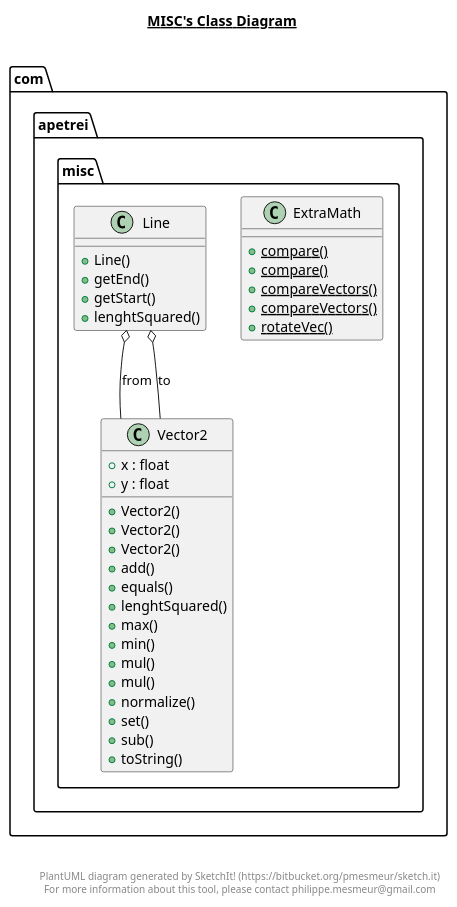
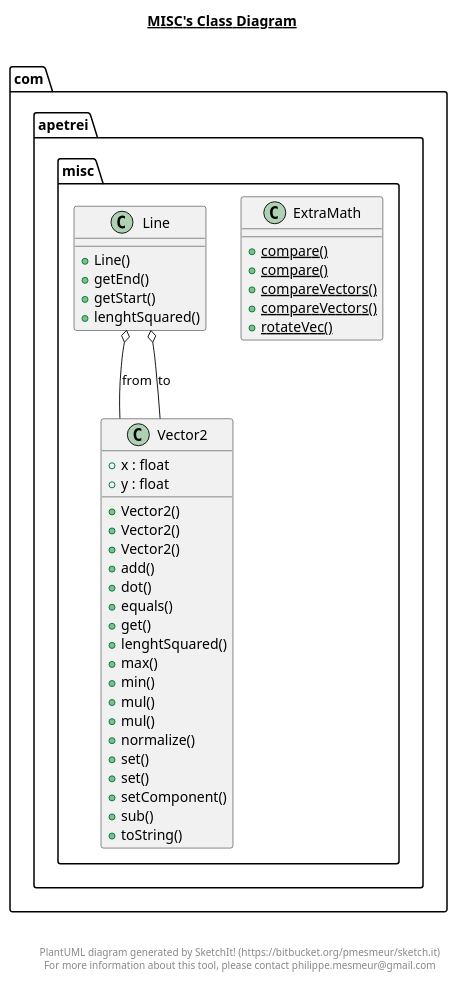
One commit to TheWiseWolfy/Wild-Sky changed the diagram in src/com/apetrei/misc/misc.plantuml. Above: the diagram before and after it, drawn with PlantUML. The commit also changed 63 other files, not shown here.

```diff
--- a/src/com/apetrei/misc/misc.plantuml
+++ b/src/com/apetrei/misc/misc.plantuml
@@ -1,59 +1,63 @@
 @startuml
 
 title __MISC's Class Diagram__\n
 
   namespace com.apetrei.misc {
     class com.apetrei.misc.ExtraMath {
         {static} + compare()
         {static} + compare()
         {static} + compareVectors()
         {static} + compareVectors()
         {static} + rotateVec()
     }
   }
   
 
   namespace com.apetrei.misc {
     class com.apetrei.misc.Line {
         + Line()
         + getEnd()
         + getStart()
         + lenghtSquared()
     }
   }
   
 
   namespace com.apetrei.misc {
     class com.apetrei.misc.Vector2 {
         + x : float
         + y : float
         + Vector2()
         + Vector2()
         + Vector2()
         + add()
+        + dot()
         + equals()
+        + get()
         + lenghtSquared()
         + max()
         + min()
         + mul()
         + mul()
         + normalize()
         + set()
+        + set()
+        + setComponent()
         + sub()
         + toString()
     }
   }
   
 
   com.apetrei.misc.Line o-- com.apetrei.misc.Vector2 : from
   com.apetrei.misc.Line o-- com.apetrei.misc.Vector2 : to
 
 
 right footer
 
 
 PlantUML diagram generated by SketchIt! (https://bitbucket.org/pmesmeur/sketch.it)
 For more information about this tool, please contact philippe.mesmeur@gmail.com
 endfooter
 
 @enduml
```
